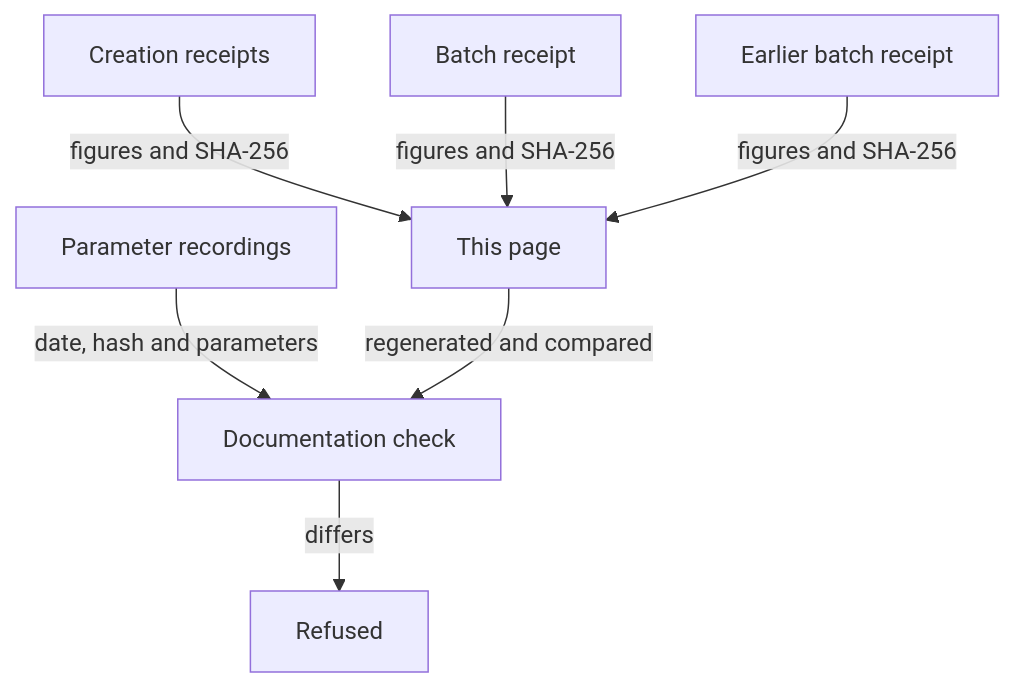
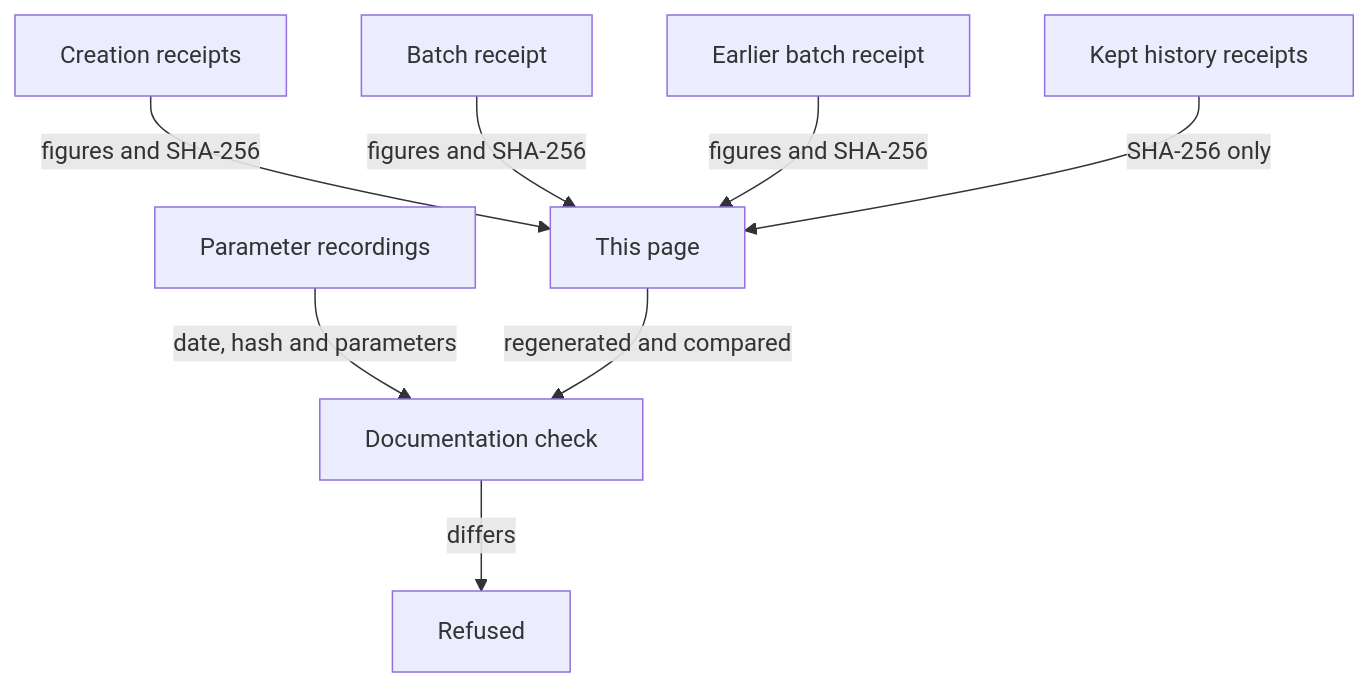
The diagram in docs/release-decision-table.md (lambdasistemi/singular), drawn with Mermaid before and after one commit. The commit also changed other lines of this file and 162 other files, not shown here.

````diff
--- a/docs/release-decision-table.md
+++ b/docs/release-decision-table.md
@@ -5,9 +5,10 @@
 ```mermaid
 flowchart TB
     creation[Creation receipts] -->|figures and SHA-256| page[This page]
     batch[Batch receipt] -->|figures and SHA-256| page
     earlier[Earlier batch receipt] -->|figures and SHA-256| page
+    kept[Kept history receipts] -->|SHA-256 only| page
     recordings[Parameter recordings] -->|date, hash and parameters| check
     page -->|regenerated and compared| check[Documentation check]
     check -->|differs| refuse[Refused]
 ```
````
